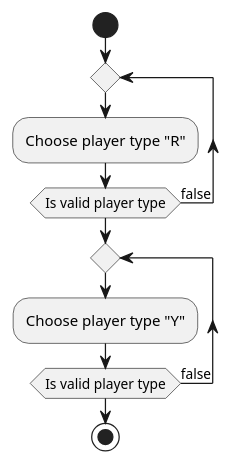
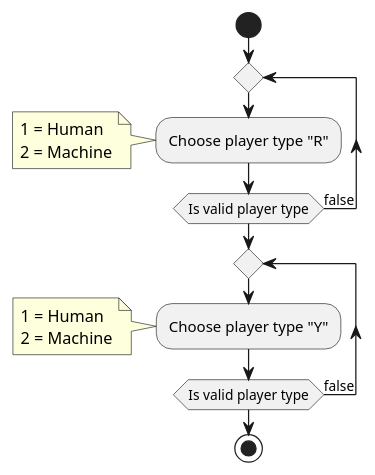
Before and after one commit to BernatQI/Master-Programacion-Diseno-Software: the diagram in Connect4/oop-js-functions/UML/PlantUML/composite-diagrams/activity-diagram-choose-players.plantuml, drawn with PlantUML. The commit also changed 1 other file, not shown here.

```diff
--- a/Connect4/oop-js-functions/UML/PlantUML/composite-diagrams/activity-diagram-choose-players.plantuml
+++ b/Connect4/oop-js-functions/UML/PlantUML/composite-diagrams/activity-diagram-choose-players.plantuml
@@ -1,11 +1,19 @@
 @startuml "Activity Diagram - Choose players"
 
 start
 repeat
 :Choose player type "R";
+note left
+  1 = Human
+  2 = Machine
+end note
 repeat while (Is valid player type) is (false)
 repeat
 :Choose player type "Y";
+note left
+  1 = Human
+  2 = Machine
+end note
 repeat while (Is valid player type) is (false)
 stop
 @enduml
```
